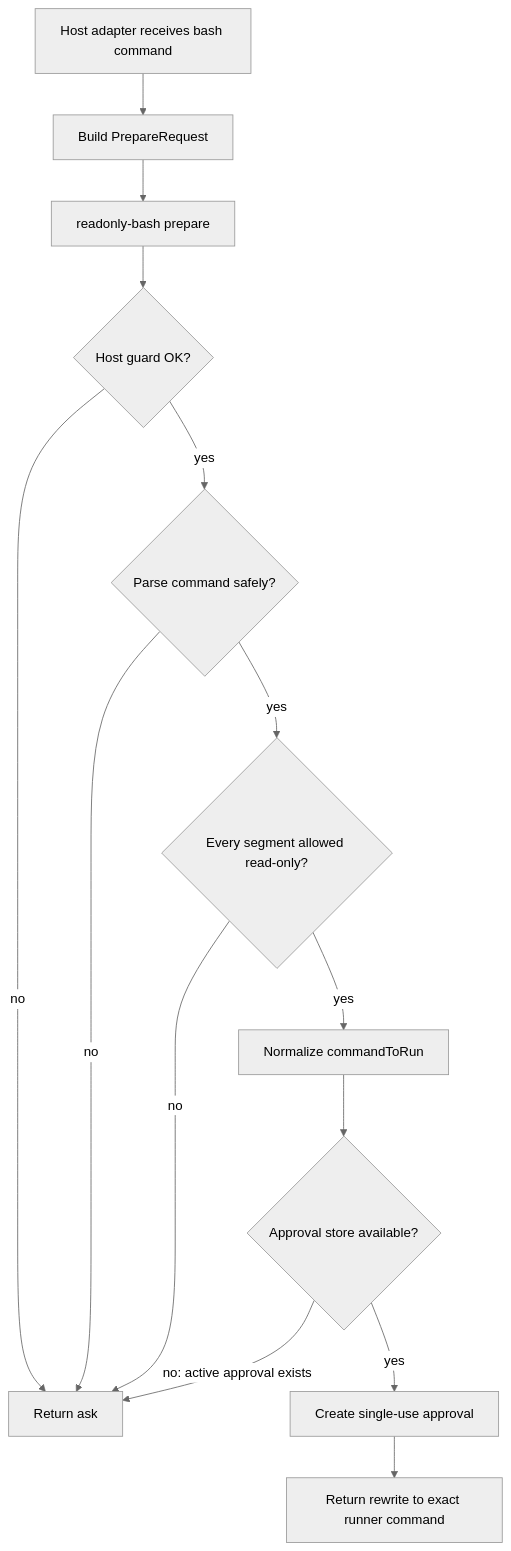
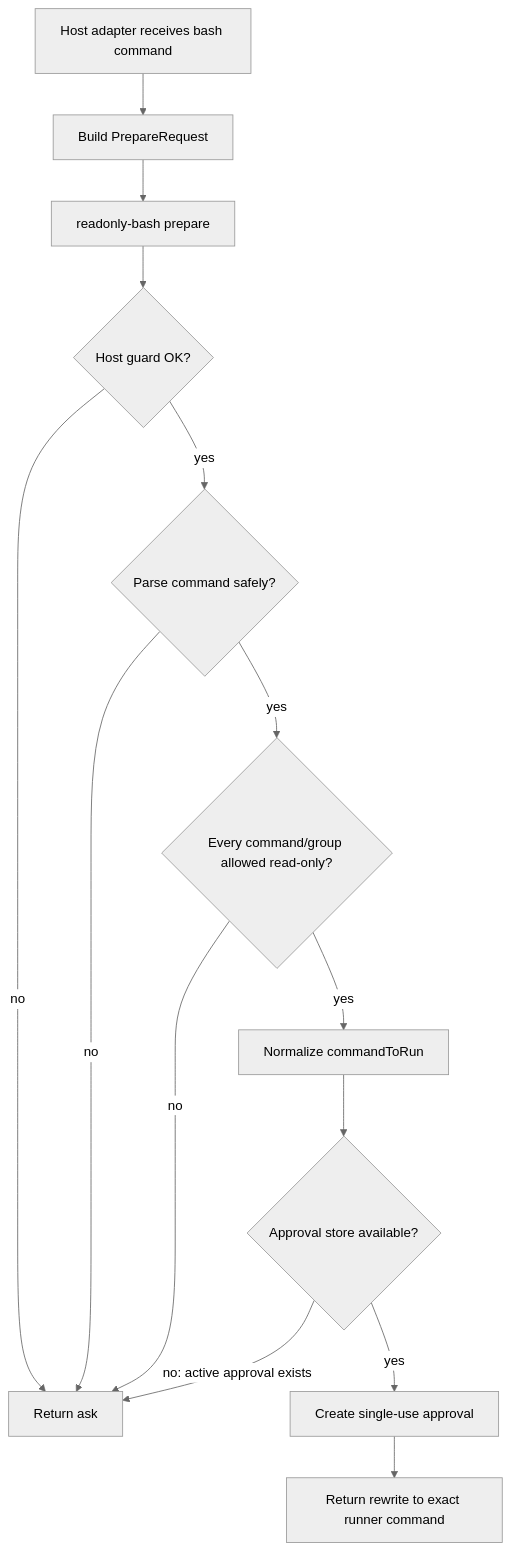
Before and after one commit to blackhat-7/readonly-bash: the first of 4 diagrams in ARCHITECTURE.md, drawn with Mermaid (neutral theme). The commit also changed other lines of this file and 2 other files, not shown here.

Commit message:
feat: enhance classifier with command tree parsing and safe shell subset enforcement

````diff
--- a/ARCHITECTURE.md
+++ b/ARCHITECTURE.md
@@ -19,16 +19,16 @@
 ```mermaid
 flowchart TD
   A[Host adapter receives bash command] --> B[Build PrepareRequest]
   B --> C[readonly-bash prepare]
   C --> D{Host guard OK?}
   D -- no --> Z[Return ask]
   D -- yes --> E{Parse command safely?}
   E -- no --> Z
-  E -- yes --> F{Every segment allowed read-only?}
+  E -- yes --> F{Every command/group allowed read-only?}
   F -- no --> Z
   F -- yes --> G[Normalize commandToRun]
   G --> H{Approval store available?}
   H -- no: active approval exists --> Z
   H -- yes --> I[Create single-use approval]
   I --> J[Return rewrite to exact runner command]
 ```
````
